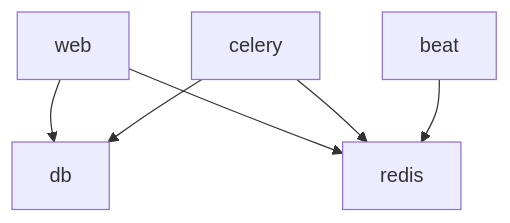
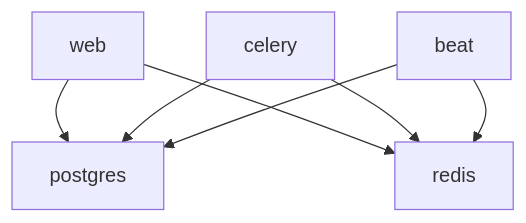
Before and after one commit to kaled182/provemaps_beta: the diagram in doc/guides/DOCKER.md, drawn with Mermaid. The commit also changed other lines of this file and 44 other files, not shown here.

````diff
--- a/doc/guides/DOCKER.md
+++ b/doc/guides/DOCKER.md
@@ -69,8 +72,9 @@
 ```mermaid
 graph TD
-    web --> db
+    web --> postgres
     web --> redis
-    celery --> db
+    celery --> postgres
     celery --> redis
+    beat --> postgres
     beat --> redis
 ```
````
